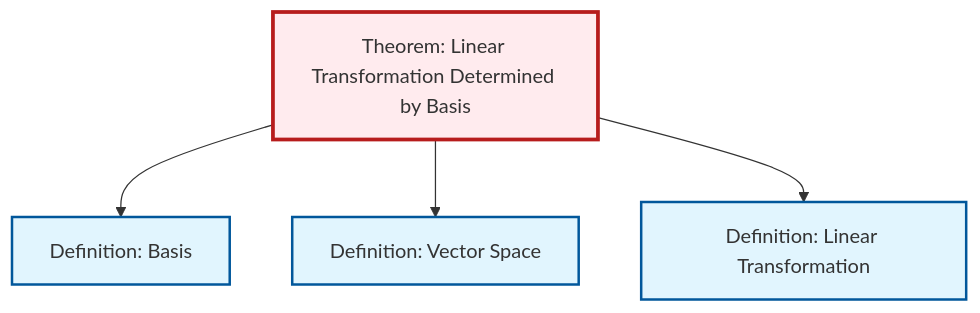
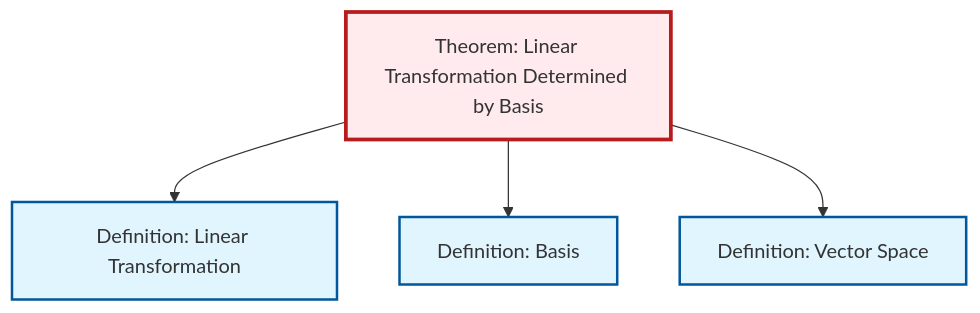
Before and after one commit to RK0429/ModernMath: the diagram in content/ja/algebra/thm-linear-transformation-basis.qmd, drawn with Mermaid. The commit also changed other lines of this file and 497 other files, not shown here.

````diff
--- a/content/ja/algebra/thm-linear-transformation-basis.qmd
+++ b/content/ja/algebra/thm-linear-transformation-basis.qmd
@@ -48,20 +48,20 @@
 ```{mermaid}
 %%| fig-cap: "Local dependency graph"
 graph TD
     classDef definition fill:#e1f5fe,stroke:#01579b,stroke-width:2px
     classDef theorem fill:#f3e5f5,stroke:#4a148c,stroke-width:2px
     classDef axiom fill:#fff3e0,stroke:#e65100,stroke-width:2px
     classDef example fill:#e8f5e9,stroke:#1b5e20,stroke-width:2px
     classDef current fill:#ffebee,stroke:#b71c1c,stroke-width:3px
     thm-linear-transformation-basis["Theorem: Linear Transformation Determined by Basis"]:::theorem
+    def-linear-transformation["Definition: Linear Transformation"]:::definition
+    def-vector-space["Definition: Vector Space"]:::definition
     def-basis["Definition: Basis"]:::definition
-    def-vector-space["Definition: Vector Space"]:::definition
-    def-linear-transformation["Definition: Linear Transformation"]:::definition
+    thm-linear-transformation-basis --> def-linear-transformation
     thm-linear-transformation-basis --> def-basis
     thm-linear-transformation-basis --> def-vector-space
-    thm-linear-transformation-basis --> def-linear-transformation
     class thm-linear-transformation-basis current
+    click def-linear-transformation "def-linear-transformation.html" "Definition: Linear Transformationへ"
+    click def-vector-space "def-vector-space.html" "Definition: Vector Spaceへ"
     click def-basis "def-basis.html" "Definition: Basisへ"
-    click def-vector-space "def-vector-space.html" "Definition: Vector Spaceへ"
-    click def-linear-transformation "def-linear-transformation.html" "Definition: Linear Transformationへ"
 ```
````
